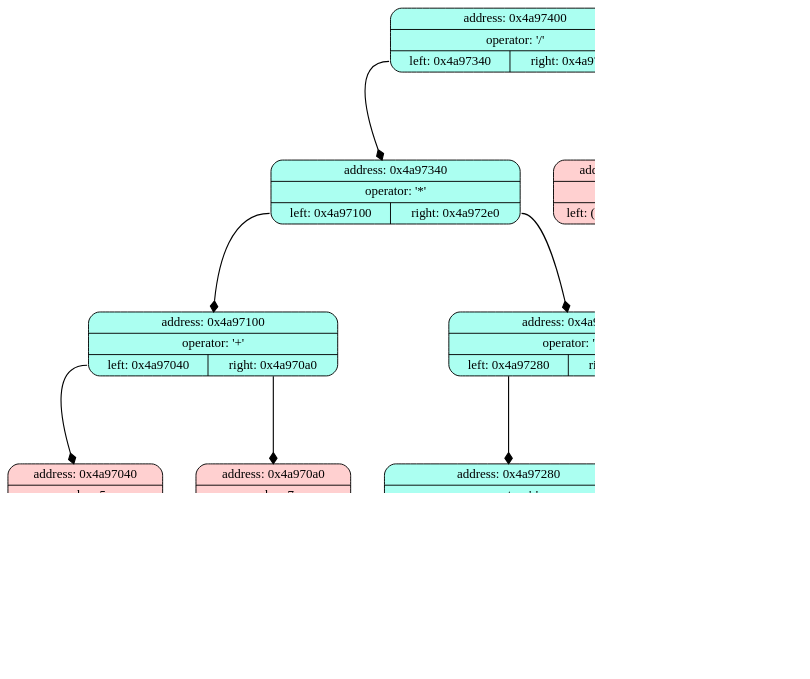
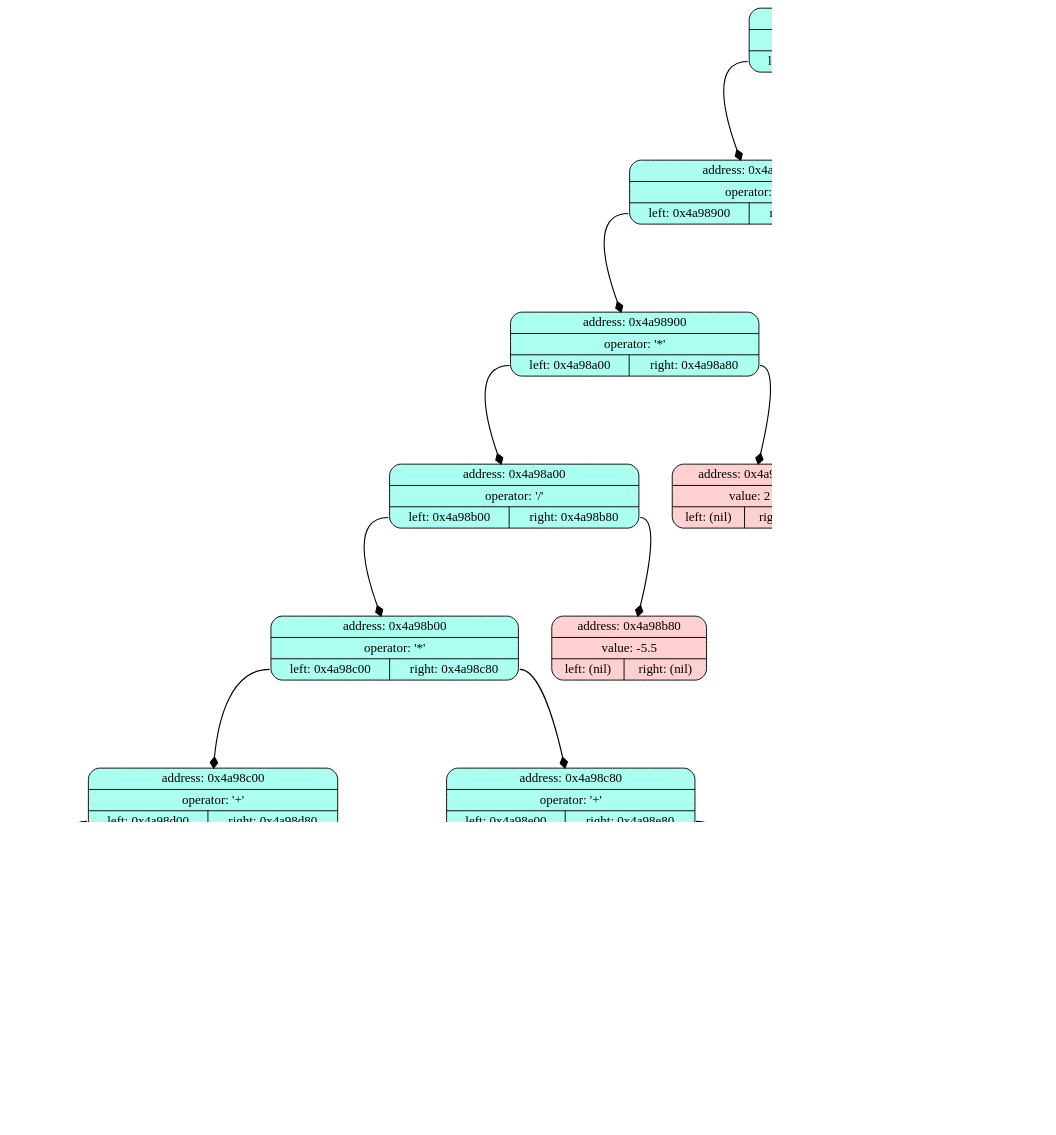
Before and after one commit to VictorBerbenets/Differentiator: the diagram in data/list.dot, drawn with Graphviz. The commit also changed 18 other files, not shown here.

```diff
--- a/data/list.dot
+++ b/data/list.dot
@@ -1,40 +1,58 @@
 digraph List {
 	dpi = 100;
 	fontname = "Comic Sans MS";
 	fontsize = 20;
 	rankdir  = TB;
 graph [fillcolor = lightgreen, ranksep = 1.3, nodesep = 0.5, style = "rounded", color = green, penwidth = 2];
 edge [color = black, arrowhead = diamond, arrowsize = 1, penwidth = 1.2];
-node1 [shape = Mrecord, style = filled, fillcolor = "#ABFFF1", label = "{address: 0x4a97400|operator: '/'| { <ptr1> left: 0x4a97340| <ptr2> right: 0x4a973a0}}"]
-node2 [shape = Mrecord, style = filled, fillcolor = "#ABFFF1", label = "{address: 0x4a97400|operator: '/'| { <ptr1> left: 0x4a97340| <ptr2> right: 0x4a973a0}}"]
-node1: <ptr1> -> node2; node3 [shape = Mrecord, style = filled, fillcolor = "#ABFFF1", label = "{address: 0x4a97400|operator: '/'| { <ptr1> left: 0x4a97340| <ptr2> right: 0x4a973a0}}"]
+node1 [shape = Mrecord, style = filled, fillcolor = "#ABFFF1", label ="{address: 0x4a98780|operator: '+'| { <ptr1> left: 0x4a98800| <ptr2> right: 0x4a98880}}"]
+node2 [shape = Mrecord, style = filled, fillcolor = "#ABFFF1", label ="{address: 0x4a98780|operator: '+'| { <ptr1> left: 0x4a98800| <ptr2> right: 0x4a98880}}"]
+node1: <ptr1> -> node2; node3 [shape = Mrecord, style = filled, fillcolor = "#ABFFF1", label ="{address: 0x4a98780|operator: '+'| { <ptr1> left: 0x4a98800| <ptr2> right: 0x4a98880}}"]
 node1: <ptr2> -> node3; 
-node2 [shape = Mrecord, style = filled, fillcolor = "#ABFFF1", label = "{address: 0x4a97340|operator: '*'| { <ptr1> left: 0x4a97100| <ptr2> right: 0x4a972e0}}"]
-node4 [shape = Mrecord, style = filled, fillcolor = "#ABFFF1", label = "{address: 0x4a97340|operator: '*'| { <ptr1> left: 0x4a97100| <ptr2> right: 0x4a972e0}}"]
-node2: <ptr1> -> node4; node5 [shape = Mrecord, style = filled, fillcolor = "#ABFFF1", label = "{address: 0x4a97340|operator: '*'| { <ptr1> left: 0x4a97100| <ptr2> right: 0x4a972e0}}"]
+node2 [shape = Mrecord, style = filled, fillcolor = "#ABFFF1", label ="{address: 0x4a98800|operator: '/'| { <ptr1> left: 0x4a98900| <ptr2> right: 0x4a98980}}"]
+node4 [shape = Mrecord, style = filled, fillcolor = "#ABFFF1", label ="{address: 0x4a98800|operator: '/'| { <ptr1> left: 0x4a98900| <ptr2> right: 0x4a98980}}"]
+node2: <ptr1> -> node4; node5 [shape = Mrecord, style = filled, fillcolor = "#ABFFF1", label ="{address: 0x4a98800|operator: '/'| { <ptr1> left: 0x4a98900| <ptr2> right: 0x4a98980}}"]
 node2: <ptr2> -> node5; 
-node3 [shape = Mrecord, style = filled, fillcolor = "#FFD0D0", label = "{address: 0x4a973a0|value: -5.5| { <ptr1> left: (nil)| <ptr2> right: (nil)}}"]
+node3 [shape = Mrecord, style = filled, fillcolor = "#FFD0D0", label ="{address: 0x4a98880|value: 1.48888e+07| { <ptr1> left: (nil)| <ptr2> right: (nil)}}"]
 
-node4 [shape = Mrecord, style = filled, fillcolor = "#ABFFF1", label = "{address: 0x4a97100|operator: '+'| { <ptr1> left: 0x4a97040| <ptr2> right: 0x4a970a0}}"]
-node6 [shape = Mrecord, style = filled, fillcolor = "#ABFFF1", label = "{address: 0x4a97100|operator: '+'| { <ptr1> left: 0x4a97040| <ptr2> right: 0x4a970a0}}"]
-node4: <ptr1> -> node6; node7 [shape = Mrecord, style = filled, fillcolor = "#ABFFF1", label = "{address: 0x4a97100|operator: '+'| { <ptr1> left: 0x4a97040| <ptr2> right: 0x4a970a0}}"]
+node4 [shape = Mrecord, style = filled, fillcolor = "#ABFFF1", label ="{address: 0x4a98900|operator: '*'| { <ptr1> left: 0x4a98a00| <ptr2> right: 0x4a98a80}}"]
+node6 [shape = Mrecord, style = filled, fillcolor = "#ABFFF1", label ="{address: 0x4a98900|operator: '*'| { <ptr1> left: 0x4a98a00| <ptr2> right: 0x4a98a80}}"]
+node4: <ptr1> -> node6; node7 [shape = Mrecord, style = filled, fillcolor = "#ABFFF1", label ="{address: 0x4a98900|operator: '*'| { <ptr1> left: 0x4a98a00| <ptr2> right: 0x4a98a80}}"]
 node4: <ptr2> -> node7; 
-node5 [shape = Mrecord, style = filled, fillcolor = "#ABFFF1", label = "{address: 0x4a972e0|operator: '+'| { <ptr1> left: 0x4a97280| <ptr2> right: 0x4a97220}}"]
-node8 [shape = Mrecord, style = filled, fillcolor = "#ABFFF1", label = "{address: 0x4a972e0|operator: '+'| { <ptr1> left: 0x4a97280| <ptr2> right: 0x4a97220}}"]
-node5: <ptr1> -> node8; node9 [shape = Mrecord, style = filled, fillcolor = "#ABFFF1", label = "{address: 0x4a972e0|operator: '+'| { <ptr1> left: 0x4a97280| <ptr2> right: 0x4a97220}}"]
-node5: <ptr2> -> node9; 
-node6 [shape = Mrecord, style = filled, fillcolor = "#FFD0D0", label = "{address: 0x4a97040|value: 5| { <ptr1> left: (nil)| <ptr2> right: (nil)}}"]
+node5 [shape = Mrecord, style = filled, fillcolor = "#FFD0D0", label ="{address: 0x4a98980|value: 10| { <ptr1> left: (nil)| <ptr2> right: (nil)}}"]
 
-node7 [shape = Mrecord, style = filled, fillcolor = "#FFD0D0", label = "{address: 0x4a970a0|value: 7| { <ptr1> left: (nil)| <ptr2> right: (nil)}}"]
+node6 [shape = Mrecord, style = filled, fillcolor = "#ABFFF1", label ="{address: 0x4a98a00|operator: '/'| { <ptr1> left: 0x4a98b00| <ptr2> right: 0x4a98b80}}"]
+node8 [shape = Mrecord, style = filled, fillcolor = "#ABFFF1", label ="{address: 0x4a98a00|operator: '/'| { <ptr1> left: 0x4a98b00| <ptr2> right: 0x4a98b80}}"]
+node6: <ptr1> -> node8; node9 [shape = Mrecord, style = filled, fillcolor = "#ABFFF1", label ="{address: 0x4a98a00|operator: '/'| { <ptr1> left: 0x4a98b00| <ptr2> right: 0x4a98b80}}"]
+node6: <ptr2> -> node9; 
+node7 [shape = Mrecord, style = filled, fillcolor = "#FFD0D0", label ="{address: 0x4a98a80|value: 2| { <ptr1> left: (nil)| <ptr2> right: (nil)}}"]
 
-node8 [shape = Mrecord, style = filled, fillcolor = "#ABFFF1", label = "{address: 0x4a97280|operator: '-'| { <ptr1> left: 0x4a97160| <ptr2> right: 0x4a971c0}}"]
-node10 [shape = Mrecord, style = filled, fillcolor = "#ABFFF1", label = "{address: 0x4a97280|operator: '-'| { <ptr1> left: 0x4a97160| <ptr2> right: 0x4a971c0}}"]
-node8: <ptr1> -> node10; node11 [shape = Mrecord, style = filled, fillcolor = "#ABFFF1", label = "{address: 0x4a97280|operator: '-'| { <ptr1> left: 0x4a97160| <ptr2> right: 0x4a971c0}}"]
+node8 [shape = Mrecord, style = filled, fillcolor = "#ABFFF1", label ="{address: 0x4a98b00|operator: '*'| { <ptr1> left: 0x4a98c00| <ptr2> right: 0x4a98c80}}"]
+node10 [shape = Mrecord, style = filled, fillcolor = "#ABFFF1", label ="{address: 0x4a98b00|operator: '*'| { <ptr1> left: 0x4a98c00| <ptr2> right: 0x4a98c80}}"]
+node8: <ptr1> -> node10; node11 [shape = Mrecord, style = filled, fillcolor = "#ABFFF1", label ="{address: 0x4a98b00|operator: '*'| { <ptr1> left: 0x4a98c00| <ptr2> right: 0x4a98c80}}"]
 node8: <ptr2> -> node11; 
-node9 [shape = Mrecord, style = filled, fillcolor = "#FFD0D0", label = "{address: 0x4a97220|value: -532.87| { <ptr1> left: (nil)| <ptr2> right: (nil)}}"]
+node9 [shape = Mrecord, style = filled, fillcolor = "#FFD0D0", label ="{address: 0x4a98b80|value: -5.5| { <ptr1> left: (nil)| <ptr2> right: (nil)}}"]
 
-node10 [shape = Mrecord, style = filled, fillcolor = "#FFD0D0", label = "{address: 0x4a97160|value: 10| { <ptr1> left: (nil)| <ptr2> right: (nil)}}"]
+node10 [shape = Mrecord, style = filled, fillcolor = "#ABFFF1", label ="{address: 0x4a98c00|operator: '+'| { <ptr1> left: 0x4a98d00| <ptr2> right: 0x4a98d80}}"]
+node12 [shape = Mrecord, style = filled, fillcolor = "#ABFFF1", label ="{address: 0x4a98c00|operator: '+'| { <ptr1> left: 0x4a98d00| <ptr2> right: 0x4a98d80}}"]
+node10: <ptr1> -> node12; node13 [shape = Mrecord, style = filled, fillcolor = "#ABFFF1", label ="{address: 0x4a98c00|operator: '+'| { <ptr1> left: 0x4a98d00| <ptr2> right: 0x4a98d80}}"]
+node10: <ptr2> -> node13; 
+node11 [shape = Mrecord, style = filled, fillcolor = "#ABFFF1", label ="{address: 0x4a98c80|operator: '+'| { <ptr1> left: 0x4a98e00| <ptr2> right: 0x4a98e80}}"]
+node14 [shape = Mrecord, style = filled, fillcolor = "#ABFFF1", label ="{address: 0x4a98c80|operator: '+'| { <ptr1> left: 0x4a98e00| <ptr2> right: 0x4a98e80}}"]
+node11: <ptr1> -> node14; node15 [shape = Mrecord, style = filled, fillcolor = "#ABFFF1", label ="{address: 0x4a98c80|operator: '+'| { <ptr1> left: 0x4a98e00| <ptr2> right: 0x4a98e80}}"]
+node11: <ptr2> -> node15; 
+node12 [shape = Mrecord, style = filled, fillcolor = "#FFD0D0", label ="{address: 0x4a98d00|value: 5| { <ptr1> left: (nil)| <ptr2> right: (nil)}}"]
 
-node11 [shape = Mrecord, style = filled, fillcolor = "#FFD0D0", label = "{address: 0x4a971c0|value: -100| { <ptr1> left: (nil)| <ptr2> right: (nil)}}"]
+node13 [shape = Mrecord, style = filled, fillcolor = "#FFD0D0", label ="{address: 0x4a98d80|value: 6| { <ptr1> left: (nil)| <ptr2> right: (nil)}}"]
+
+node14 [shape = Mrecord, style = filled, fillcolor = "#ABFFF1", label ="{address: 0x4a98e00|operator: '-'| { <ptr1> left: 0x4a98f00| <ptr2> right: 0x4a98f80}}"]
+node16 [shape = Mrecord, style = filled, fillcolor = "#ABFFF1", label ="{address: 0x4a98e00|operator: '-'| { <ptr1> left: 0x4a98f00| <ptr2> right: 0x4a98f80}}"]
+node14: <ptr1> -> node16; node17 [shape = Mrecord, style = filled, fillcolor = "#ABFFF1", label ="{address: 0x4a98e00|operator: '-'| { <ptr1> left: 0x4a98f00| <ptr2> right: 0x4a98f80}}"]
+node14: <ptr2> -> node17; 
+node15 [shape = Mrecord, style = filled, fillcolor = "#FFD0D0", label ="{address: 0x4a98e80|value: -532.87| { <ptr1> left: (nil)| <ptr2> right: (nil)}}"]
+
+node16 [shape = Mrecord, style = filled, fillcolor = "#FFD0D0", label ="{address: 0x4a98f00|value: 10| { <ptr1> left: (nil)| <ptr2> right: (nil)}}"]
+
+node17 [shape = Mrecord, style = filled, fillcolor = "#FFD0D0", label ="{address: 0x4a98f80|value: -100| { <ptr1> left: (nil)| <ptr2> right: (nil)}}"]
 
 }
```
